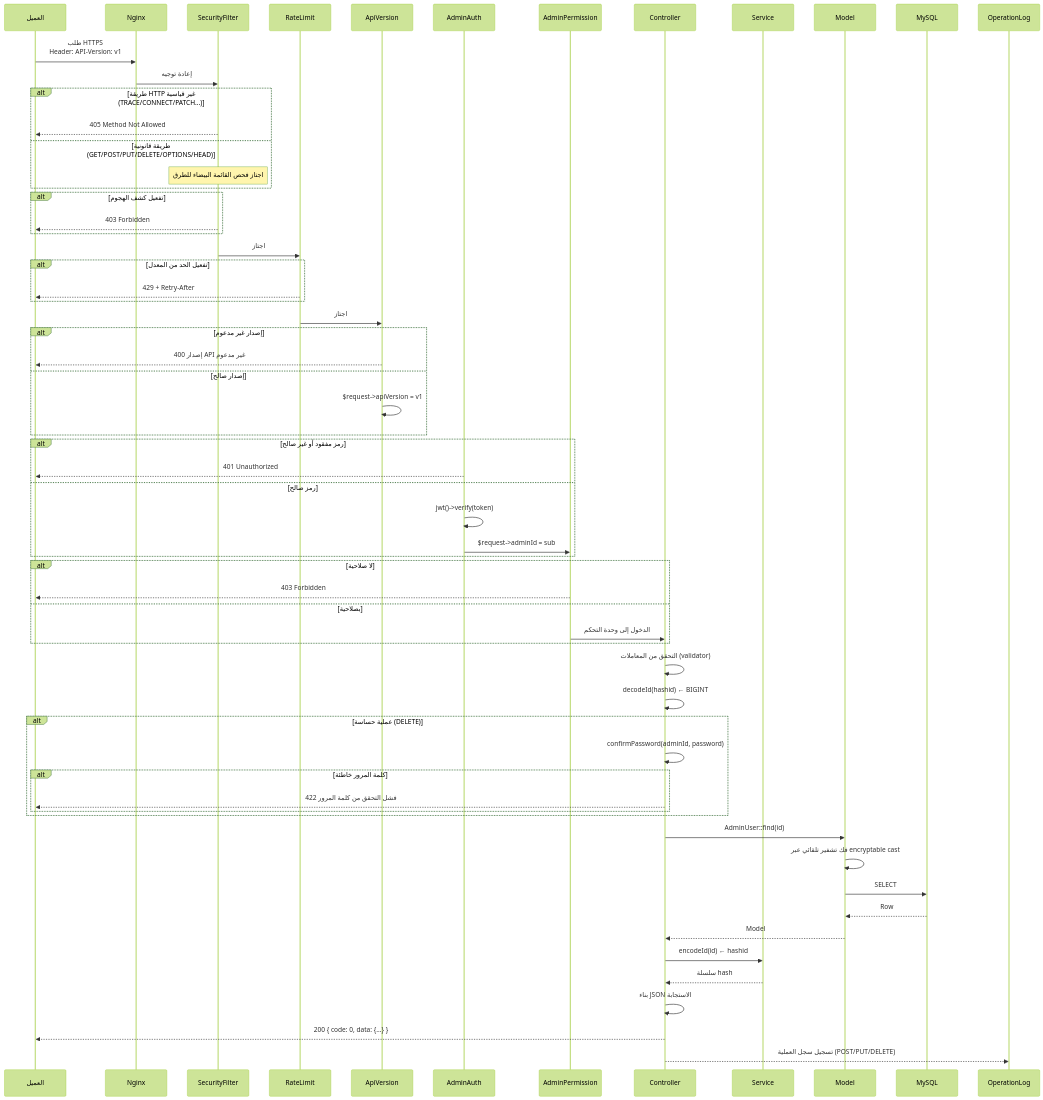
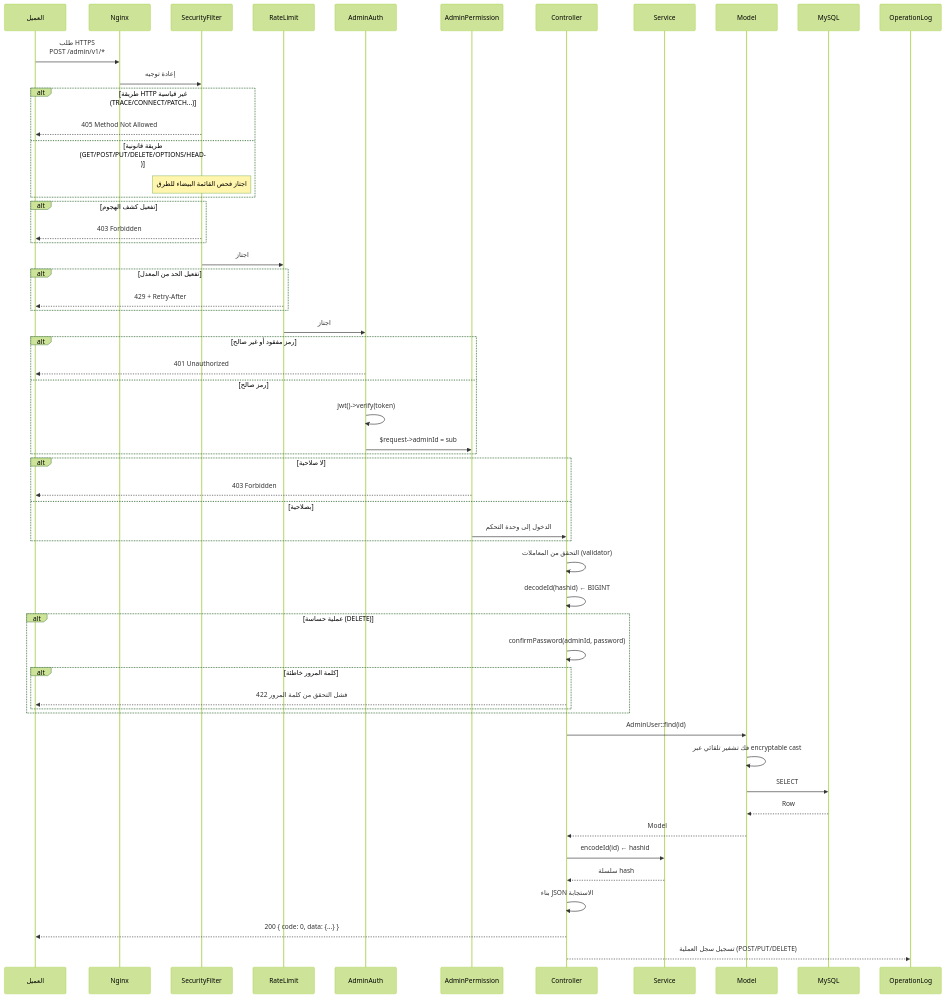
One commit to erikwang2013/game-platform-php changed the third of 14 diagrams in admin/docs/ARCHITECTURE.ar.md. Above: the diagram before and after it, drawn with Mermaid (forest theme). The commit also changed other lines of this file and 93 other files, not shown here.

````diff
--- a/admin/docs/ARCHITECTURE.ar.md
+++ b/admin/docs/ARCHITECTURE.ar.md
@@ -159,78 +153,71 @@
 ```mermaid
 sequenceDiagram
     participant C as العميل
     participant N as Nginx
     participant MW_SF as SecurityFilter
     participant MW_RL as RateLimit
-    participant MW0 as ApiVersion
     participant MW1 as AdminAuth
     participant MW2 as AdminPermission
     participant CTL as Controller
     participant SVC as Service
     participant MDL as Model
     participant DB as MySQL
     participant OPLOG as OperationLog
 
-    C->>N: طلب HTTPS<br/>Header: API-Version: v1
+    C->>N: طلب HTTPS<br/>POST /admin/v1/*
     N->>MW_SF: إعادة توجيه
 
     alt طريقة HTTP غير قياسية (TRACE/CONNECT/PATCH...)
         MW_SF-->>C: 405 Method Not Allowed
     else طريقة قانونية (GET/POST/PUT/DELETE/OPTIONS/HEAD)
         Note over MW_SF: اجتاز فحص القائمة البيضاء للطرق
     end
 
     alt تفعيل كشف الهجوم
         MW_SF-->>C: 403 Forbidden
     end
 
     MW_SF->>MW_RL: اجتاز
 
     alt تفعيل الحد من المعدل
         MW_RL-->>C: 429 + Retry-After
     end
 
-    MW_RL->>MW0: اجتاز
-
-    alt إصدار غير مدعوم
-        MW0-->>C: 400 إصدار API غير مدعوم
-    else إصدار صالح
-        MW0->>MW0: $request->apiVersion = v1
-    end
+    MW_RL->>MW1: اجتاز
 
     alt رمز مفقود أو غير صالح
         MW1-->>C: 401 Unauthorized
     else رمز صالح
         MW1->>MW1: jwt()->verify(token)
         MW1->>MW2: $request->adminId = sub
     end
 
     alt لا صلاحية
         MW2-->>C: 403 Forbidden
     else بصلاحية
         MW2->>CTL: الدخول إلى وحدة التحكم
     end
 
     CTL->>CTL: التحقق من المعاملات (validator)
     CTL->>CTL: decodeId(hashid) ← BIGINT
 
     alt عملية حساسة (DELETE)
         CTL->>CTL: confirmPassword(adminId, password)
         alt كلمة المرور خاطئة
             CTL-->>C: 422 فشل التحقق من كلمة المرور
         end
     end
 
     CTL->>MDL: AdminUser::find(id)
     MDL->>MDL: فك تشفير تلقائي عبر encryptable cast
     MDL->>DB: SELECT
     DB-->>MDL: Row
     MDL-->>CTL: Model
 
     CTL->>SVC: encodeId(id) ← hashid
     SVC-->>CTL: سلسلة hash
 
     CTL->>CTL: بناء JSON الاستجابة
     CTL-->>C: 200 { code: 0, data: {...} }
     CTL-->>OPLOG: تسجيل سجل العملية (POST/PUT/DELETE)
 ```
````
